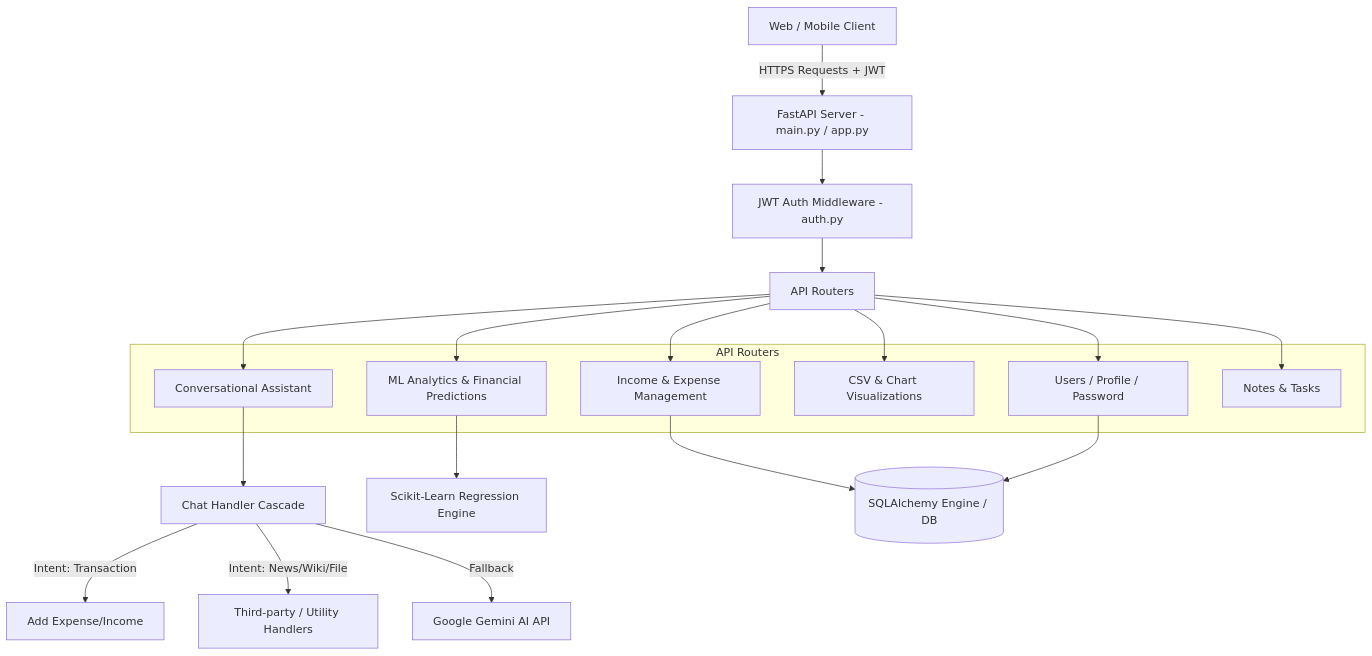
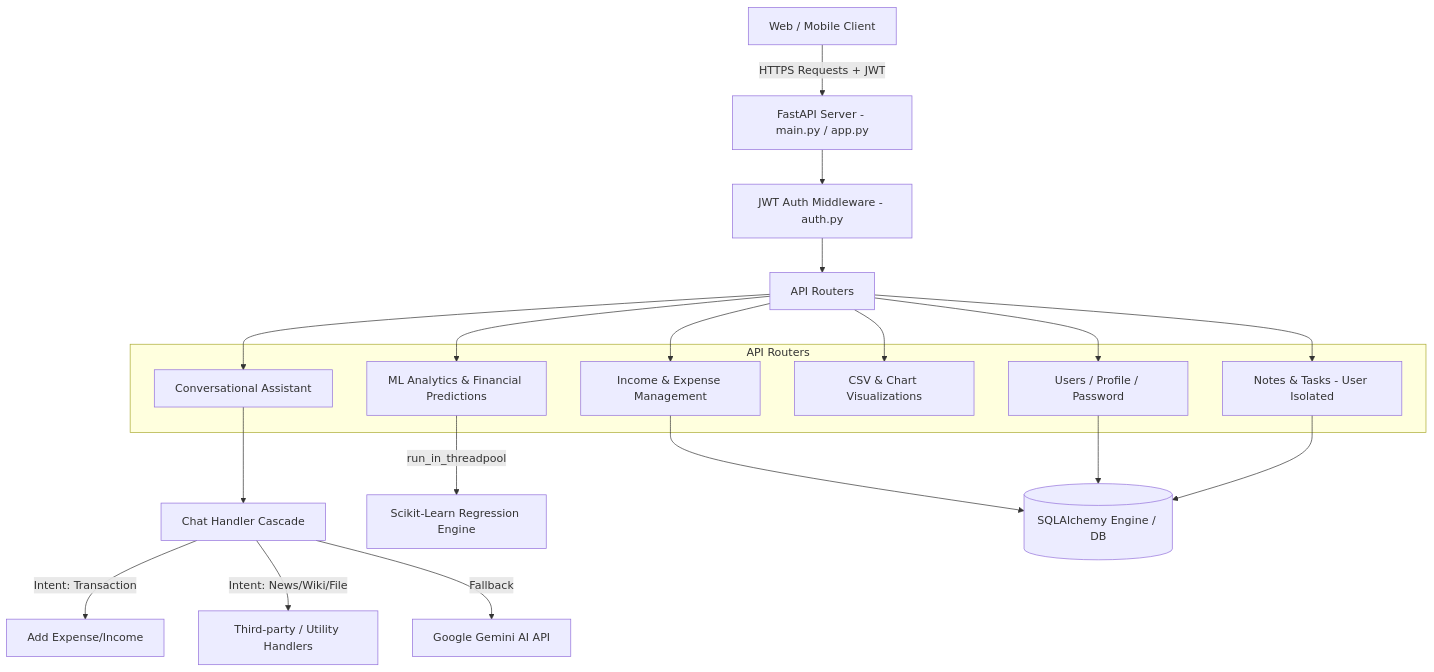
Before and after one commit to mrparihar08/MOTHER: the diagram in CODE_EXPLANATION_AND_ROADMAP.md, drawn with Mermaid. The commit also changed other lines of this file and 13 other files, not shown here.

````diff
--- a/CODE_EXPLANATION_AND_ROADMAP.md
+++ b/CODE_EXPLANATION_AND_ROADMAP.md
@@ -28,32 +28,33 @@
 ```mermaid
 flowchart TD
     Client[Web / Mobile Client] --> |HTTPS Requests + JWT| FastAPI[FastAPI Server - main.py / app.py]
     
     FastAPI --> Auth[JWT Auth Middleware - auth.py]
     Auth --> Routes[API Routers]
 
     subgraph API Routers
         UserRoute[Users / Profile / Password]
         FinanceRoute[Income & Expense Management]
         AIRoute[ML Analytics & Financial Predictions]
         ExportRoute[CSV & Chart Visualizations]
         ChatRoute[Conversational Assistant]
-        ProductivityRoute[Notes & Tasks]
+        ProductivityRoute[Notes & Tasks - User Isolated]
     end
 
     Routes --> UserRoute
     Routes --> FinanceRoute
     Routes --> AIRoute
     Routes --> ExportRoute
     Routes --> ChatRoute
     Routes --> ProductivityRoute
 
     ChatRoute --> Handlers[Chat Handler Cascade]
     Handlers --> |Intent: Transaction| TxHandler[Add Expense/Income]
     Handlers --> |Intent: News/Wiki/File| ExtHandler[Third-party / Utility Handlers]
     Handlers --> |Fallback| GeminiService[Google Gemini AI API]
 
-    AIRoute --> ScikitEngine[Scikit-Learn Regression Engine]
+    AIRoute --> |run_in_threadpool| ScikitEngine[Scikit-Learn Regression Engine]
     FinanceRoute --> DB[(SQLAlchemy Engine / DB)]
     UserRoute --> DB
+    ProductivityRoute --> DB
 ```
````
